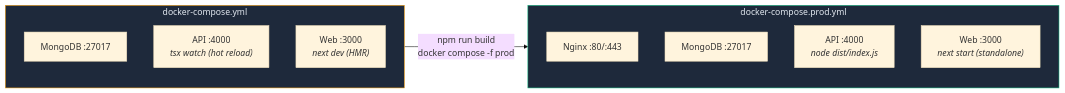
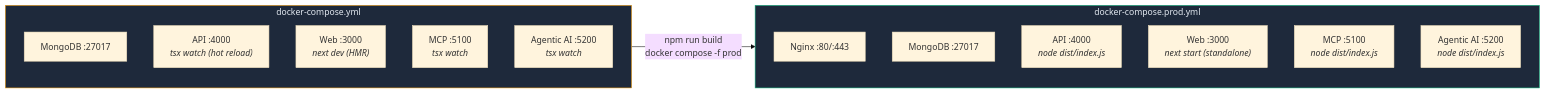
Diagram 21 of 25 in ARCHITECTURE.md (Anto1712/WealthWise-Finance-Tracker), drawn with Mermaid (base theme) before and after one commit. The commit also changed other lines of this file and 9 other files, not shown here.

````diff
--- a/ARCHITECTURE.md
+++ b/ARCHITECTURE.md
@@ -738,20 +918,24 @@
 ```mermaid
 graph LR
     subgraph Dev["docker-compose.yml"]
         D_MONGO["MongoDB :27017"]
         D_API["API :4000<br/><i>tsx watch (hot reload)</i>"]
         D_WEB["Web :3000<br/><i>next dev (HMR)</i>"]
+        D_MCP["MCP :5100<br/><i>tsx watch</i>"]
+        D_AI["Agentic AI :5200<br/><i>tsx watch</i>"]
     end
 
     subgraph Prod["docker-compose.prod.yml"]
         P_NGINX["Nginx :80/:443"]
         P_MONGO["MongoDB :27017"]
         P_API["API :4000<br/><i>node dist/index.js</i>"]
         P_WEB["Web :3000<br/><i>next start (standalone)</i>"]
+        P_MCP["MCP :5100<br/><i>node dist/index.js</i>"]
+        P_AI["Agentic AI :5200<br/><i>node dist/index.js</i>"]
     end
 
     Dev -- "npm run build<br/>docker compose -f prod" --> Prod
 
     style Dev fill:#1e293b,stroke:#f59e0b,color:#e2e8f0
     style Prod fill:#1e293b,stroke:#10b981,color:#e2e8f0
 ```
````
